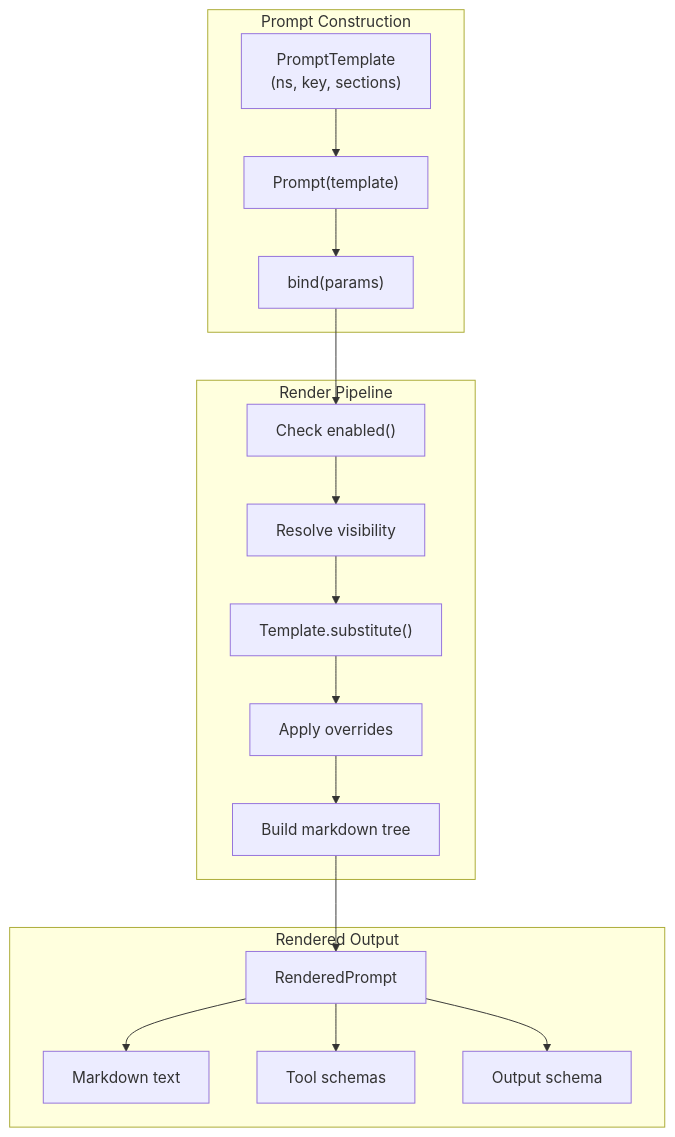
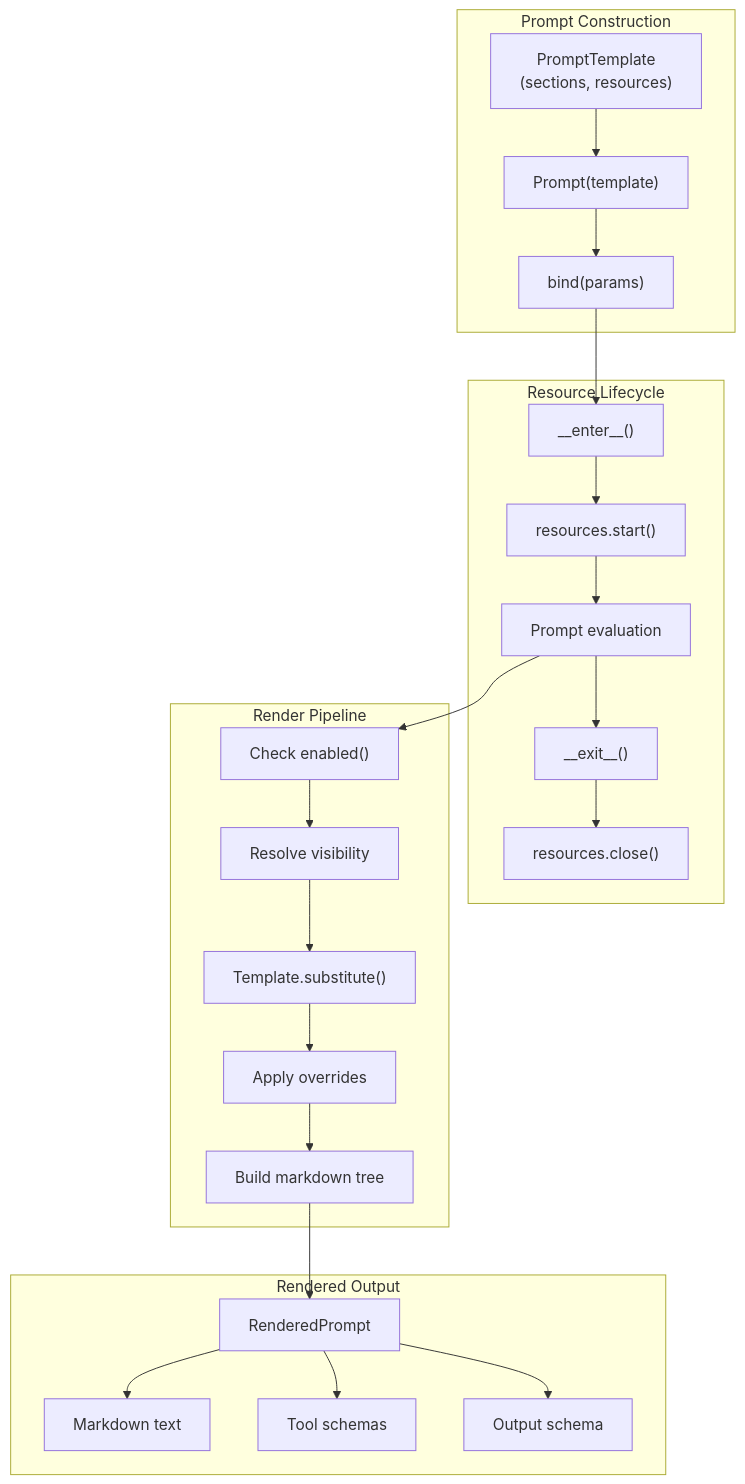
The diagram in specs/PROMPTS.md (weakincentives/weakincentives), drawn with Mermaid before and after one commit. The commit also changed other lines of this file and 107 other files, not shown here.

First line of the commit message:
Implement prompt-bound resource lifecycle

````diff
--- a/specs/PROMPTS.md
+++ b/specs/PROMPTS.md
@@ -22,31 +24,41 @@
 ```mermaid
 flowchart TB
     subgraph Construction["Prompt Construction"]
-        Template["PromptTemplate<br/>(ns, key, sections)"]
+        Template["PromptTemplate<br/>(sections, resources)"]
         Prompt["Prompt(template)"]
         Bind["bind(params)"]
+    end
+
+    subgraph Lifecycle["Resource Lifecycle"]
+        Enter["__enter__()"]
+        Start["resources.start()"]
+        Use["Prompt evaluation"]
+        Exit["__exit__()"]
+        Close["resources.close()"]
     end
 
     subgraph Rendering["Render Pipeline"]
         CheckEnabled["Check enabled()"]
         CheckVisibility["Resolve visibility"]
         Substitute["Template.substitute()"]
         ApplyOverrides["Apply overrides"]
         BuildMarkdown["Build markdown tree"]
     end
 
     subgraph Output["Rendered Output"]
         RenderedPrompt["RenderedPrompt"]
         Text["Markdown text"]
         Tools["Tool schemas"]
         OutputSchema["Output schema"]
     end
 
     Template --> Prompt --> Bind
-    Bind --> CheckEnabled --> CheckVisibility --> Substitute
+    Bind --> Enter --> Start --> Use
+    Use --> CheckEnabled --> CheckVisibility --> Substitute
     Substitute --> ApplyOverrides --> BuildMarkdown
     BuildMarkdown --> RenderedPrompt
     RenderedPrompt --> Text
     RenderedPrompt --> Tools
     RenderedPrompt --> OutputSchema
+    Use --> Exit --> Close
 ```
````
